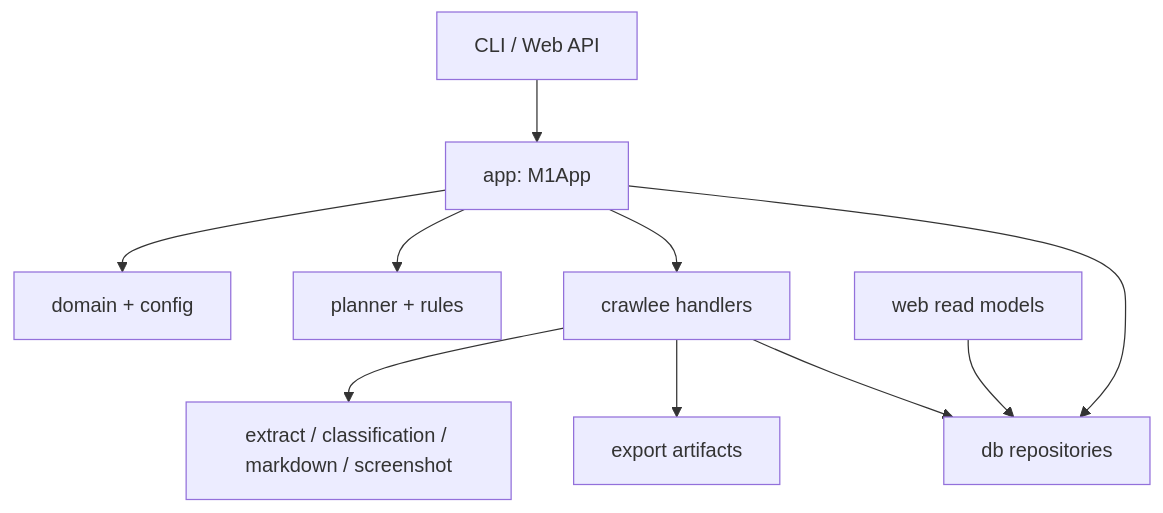
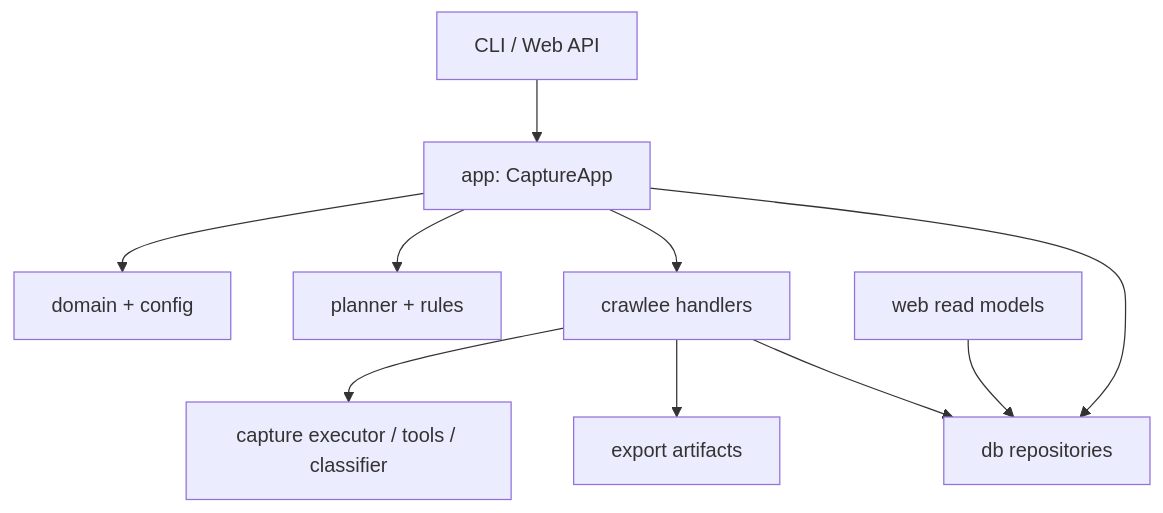
The first of 2 diagrams in docs/technical-module-structure.md (tianzhipeng-git/kvault-web-capture), drawn with Mermaid before and after one commit. The commit also changed other lines of this file and 20 other files, not shown here.

````diff
--- a/docs/technical-module-structure.md
+++ b/docs/technical-module-structure.md
@@ -49,12 +51,12 @@
 ```mermaid
 flowchart TD
-  UI["CLI / Web API"] --> APP["app: M1App"]
+  UI["CLI / Web API"] --> APP["app: CaptureApp"]
   APP --> DOMAIN["domain + config"]
   APP --> PLAN["planner + rules"]
   APP --> EXEC["crawlee handlers"]
-  EXEC --> CAPTURE["extract / classification / markdown / screenshot"]
+  EXEC --> CAPTURE["capture executor / tools / classifier"]
   EXEC --> EXPORT["export artifacts"]
   APP --> DB["db repositories"]
   EXEC --> DB
   WEBQ["web read models"] --> DB
 ```
````
